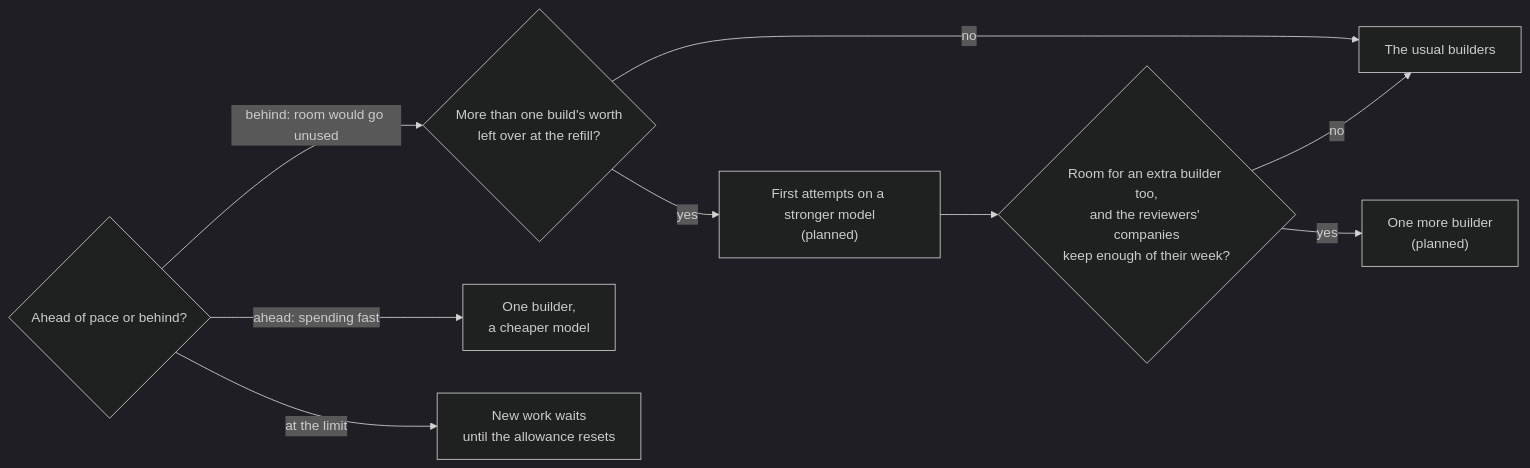
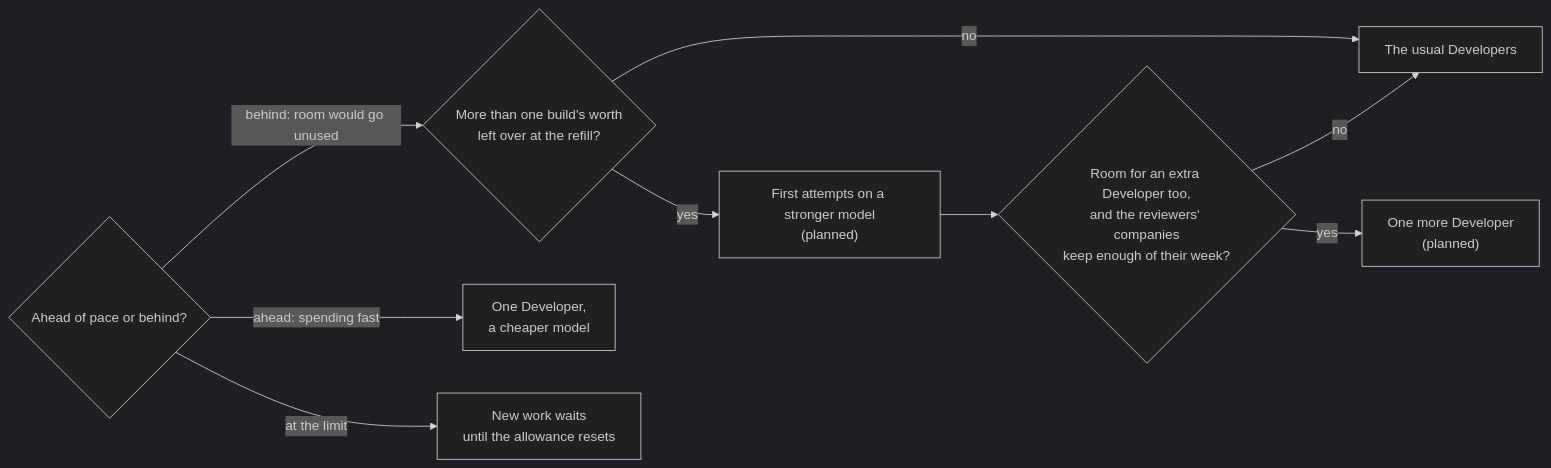
One commit to shinyredapples/intakt changed the sixth of 6 diagrams in docs/guide/how-intakt-works.md. Above: the diagram before and after it, drawn with Mermaid (dark theme). The commit also changed other lines of this file and 22 other files, not shown here.

````diff
--- a/docs/guide/how-intakt-works.md
+++ b/docs/guide/how-intakt-works.md
@@ -145,11 +158,11 @@
 ```mermaid
 flowchart LR
   pace{Ahead of pace or behind?} -- "behind: room would go unused" --> left{"More than one build's worth<br/>left over at the refill?"}
   left -- no --> same
   left -- yes --> strong["First attempts on a stronger model<br/>(planned)"]
-  strong --> extra{"Room for an extra builder too,<br/>and the reviewers' companies<br/>keep enough of their week?"}
-  extra -- yes --> more["One more builder<br/>(planned)"]
-  extra -- no --> same[The usual builders]
-  pace -- ahead: spending fast --> less[One builder,<br/>a cheaper model]
+  strong --> extra{"Room for an extra Developer too,<br/>and the reviewers' companies<br/>keep enough of their week?"}
+  extra -- yes --> more["One more Developer<br/>(planned)"]
+  extra -- no --> same[The usual Developers]
+  pace -- ahead: spending fast --> less[One Developer,<br/>a cheaper model]
   pace -- at the limit --> stop[New work waits<br/>until the allowance resets]
 ```
````
